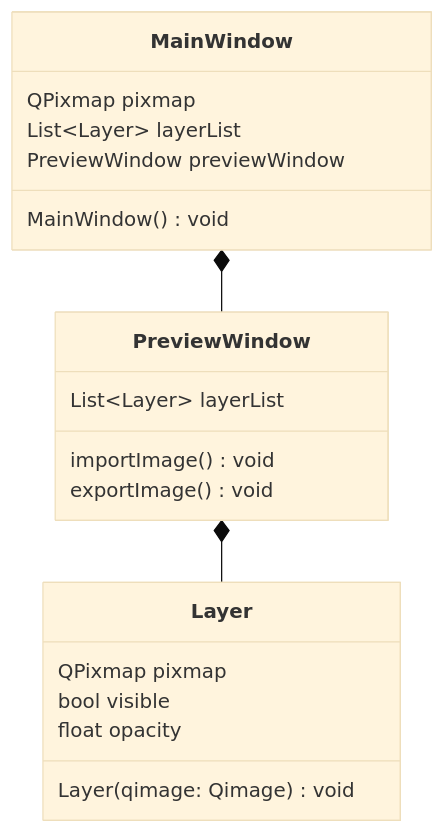
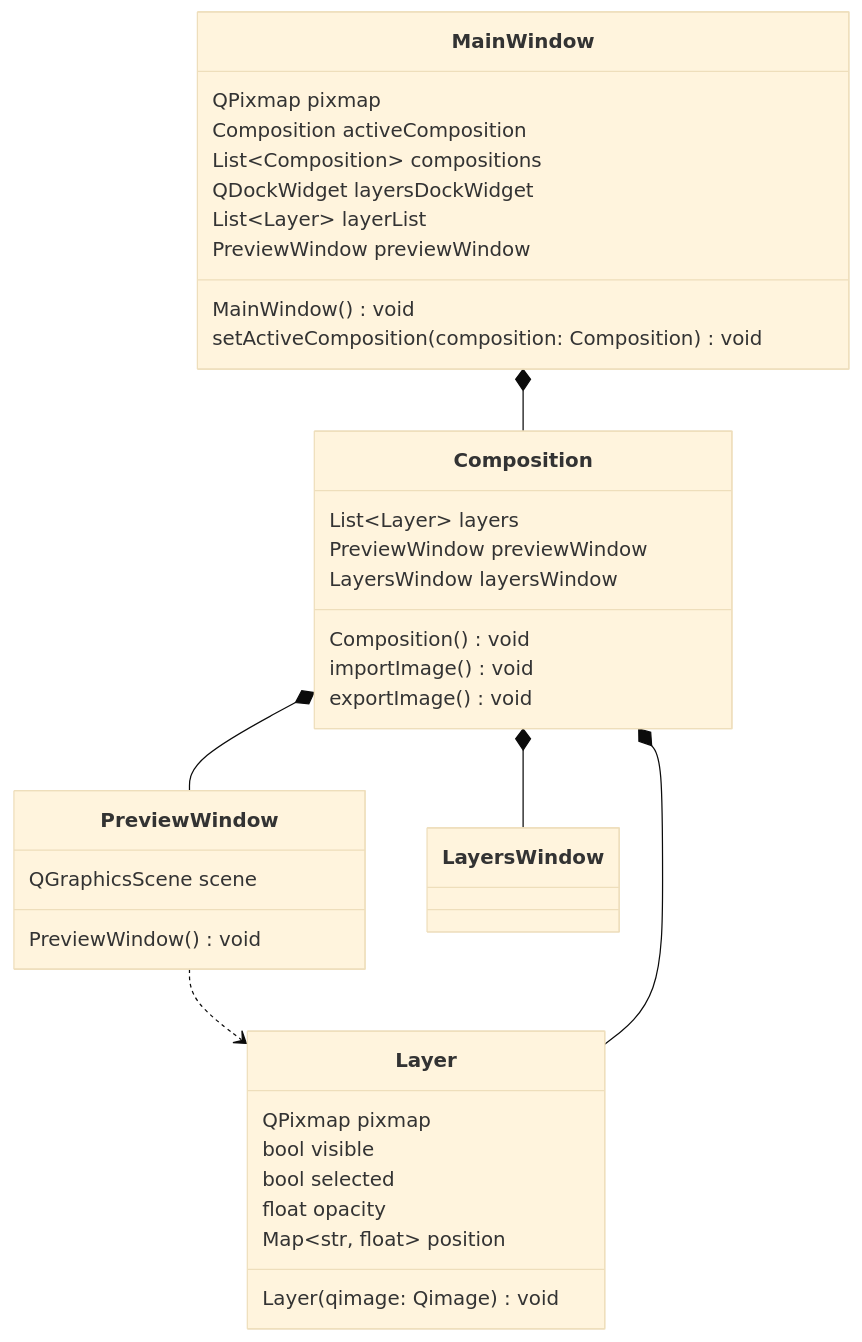
The diagram in docs/classes.md (gautambhetanabhotla/photo-editor), drawn with Mermaid (base theme) before and after one commit. The commit also changed other lines of this file and 3 other files, not shown here.

````diff
--- a/docs/classes.md
+++ b/docs/classes.md
@@ -1,23 +3,40 @@
 ```mermaid
 classDiagram
     class MainWindow {
         QPixmap pixmap
+        Composition activeComposition
+        List~Composition~ compositions
+        QDockWidget layersDockWidget
         List~Layer~ layerList
         PreviewWindow previewWindow
         MainWindow() void
+        setActiveComposition(composition: Composition) void
     }
     class PreviewWindow {
-        List~Layer~ layerList
-        importImage() void
-        exportImage() void
+        QGraphicsScene scene
+        PreviewWindow() void
     }
     class Layer {
         QPixmap pixmap
         bool visible
+        bool selected
         float opacity
+        Map~str, float~ position
         Layer(qimage: Qimage) void
     }
 
-    PreviewWindow *-- Layer
-    MainWindow *-- PreviewWindow
+    class Composition {
+        List~Layer~ layers
+        PreviewWindow previewWindow
+        LayersWindow layersWindow
+        Composition() void
+        importImage() void
+        exportImage() void
+    }
+
+    PreviewWindow ..> Layer
+    Composition *-- Layer
+    Composition *-- PreviewWindow
+    Composition *-- LayersWindow
+    MainWindow *-- Composition
 ```
````
